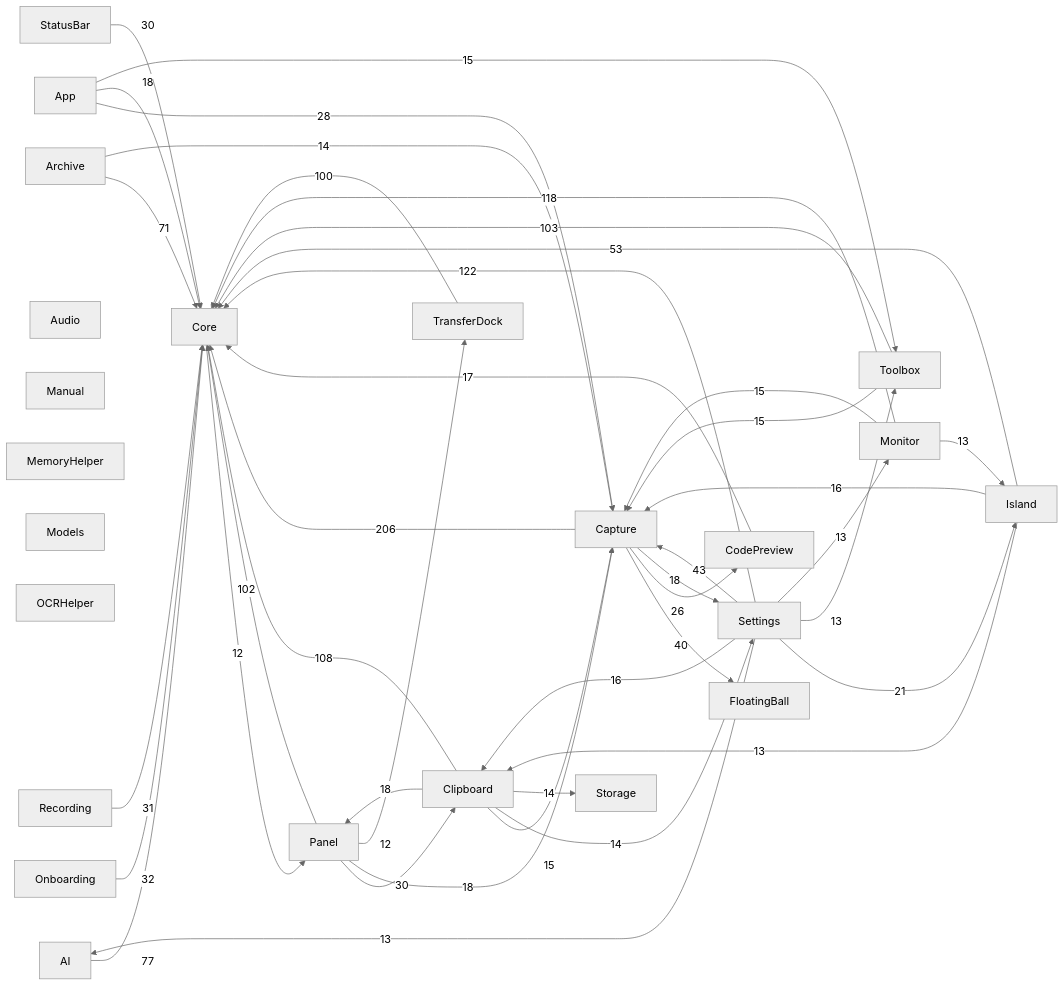
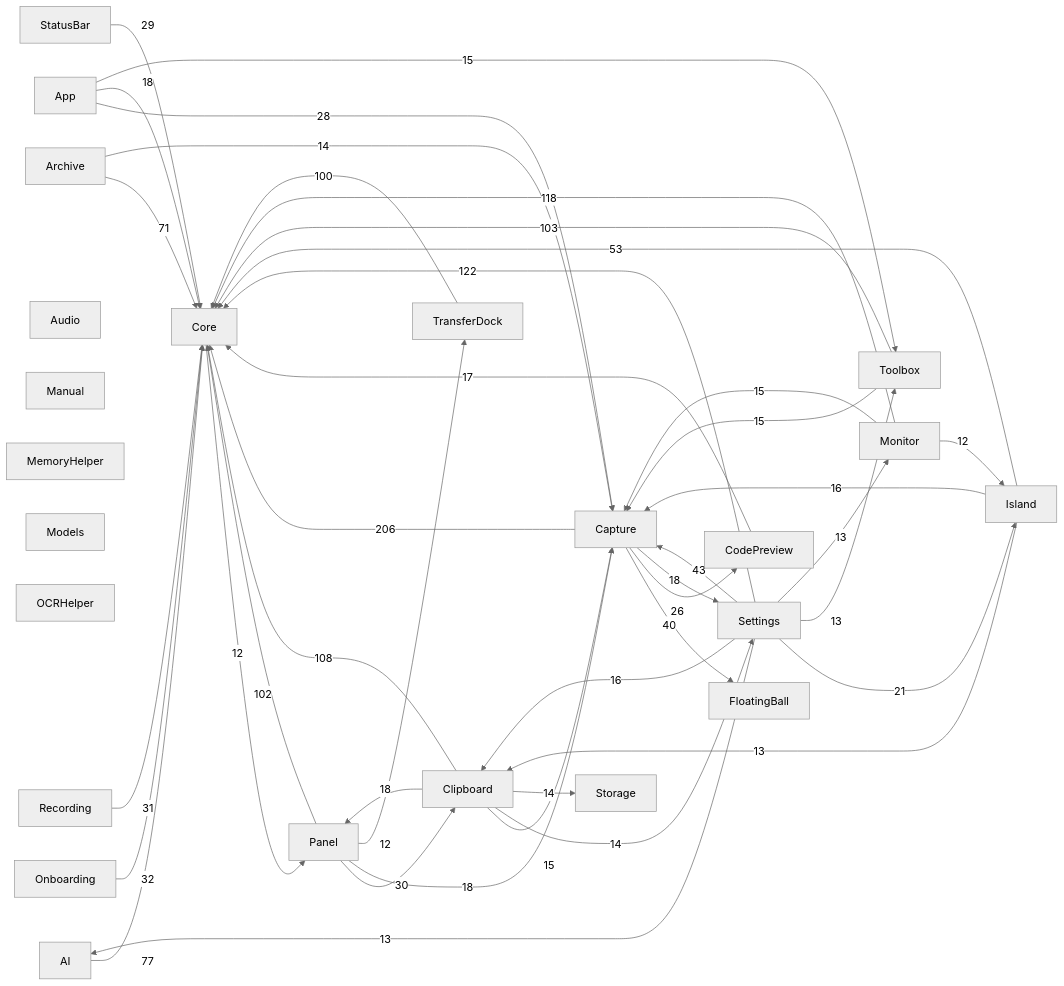
Before and after one commit to sxyq/Kitnest: the diagram in docs/00-总览/模块依赖图.md, drawn with Mermaid (neutral theme). The commit also changed other lines of this file and 3 other files, not shown here.

````diff
--- a/docs/00-总览/模块依赖图.md
+++ b/docs/00-总览/模块依赖图.md
@@ -37,66 +37,66 @@
 ```mermaid
 flowchart LR
   M0["AI"]
   M1["App"]
   M2["Archive"]
   M3["Audio"]
   M4["Capture"]
   M5["Clipboard"]
   M6["CodePreview"]
   M7["Core"]
   M8["FloatingBall"]
   M9["Island"]
   M10["Manual"]
   M11["MemoryHelper"]
   M12["Models"]
   M13["Monitor"]
   M14["OCRHelper"]
   M15["Onboarding"]
   M16["Panel"]
   M17["Recording"]
   M18["Settings"]
   M19["StatusBar"]
   M20["Storage"]
   M21["Toolbox"]
   M22["TransferDock"]
   M4 -->|206| M7
   M18 -->|122| M7
   M13 -->|118| M7
   M5 -->|108| M7
   M21 -->|103| M7
   M16 -->|102| M7
   M22 -->|100| M7
   M0 -->|77| M7
   M2 -->|71| M7
   M9 -->|53| M7
   M18 -->|43| M4
   M4 -->|40| M8
   M15 -->|32| M7
   M17 -->|31| M7
   M16 -->|30| M5
-  M19 -->|30| M7
+  M19 -->|29| M7
   M1 -->|28| M4
   M4 -->|26| M6
   M18 -->|21| M9
   M1 -->|18| M7
   M4 -->|18| M18
   M5 -->|18| M16
   M16 -->|18| M4
   M6 -->|17| M7
   M9 -->|16| M4
   M18 -->|16| M5
   M1 -->|15| M21
   M5 -->|15| M4
   M13 -->|15| M4
   M21 -->|15| M4
   M2 -->|14| M4
   M5 -->|14| M18
   M5 -->|14| M20
   M9 -->|13| M5
-  M13 -->|13| M9
   M18 -->|13| M21
   M18 -->|13| M13
   M18 -->|13| M0
   M7 -->|12| M16
+  M13 -->|12| M9
   M16 -->|12| M22
 ```
````
